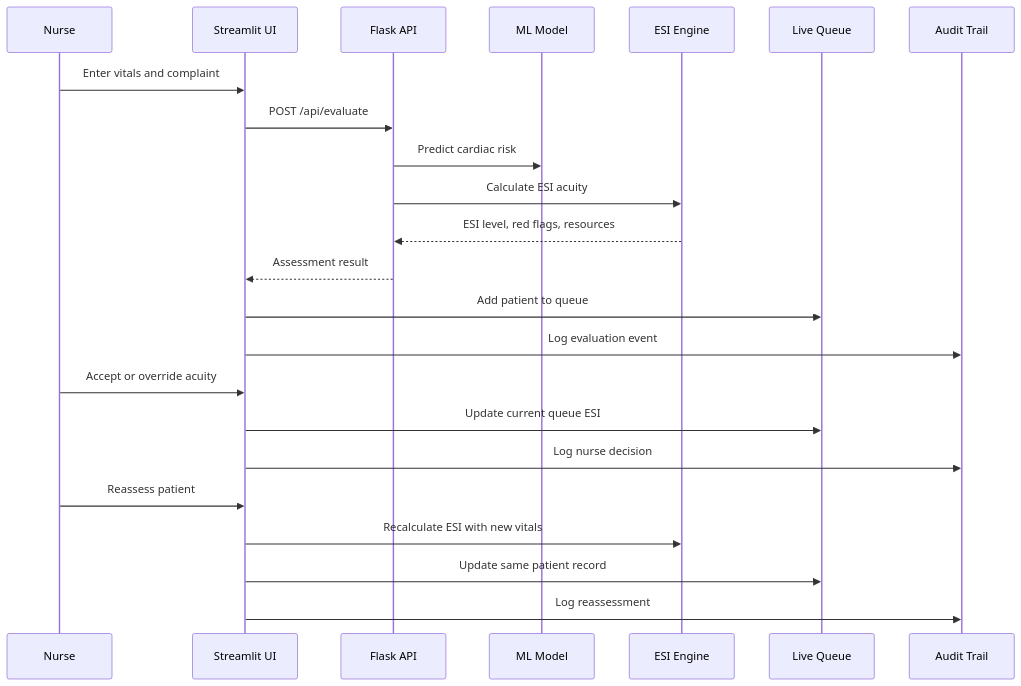
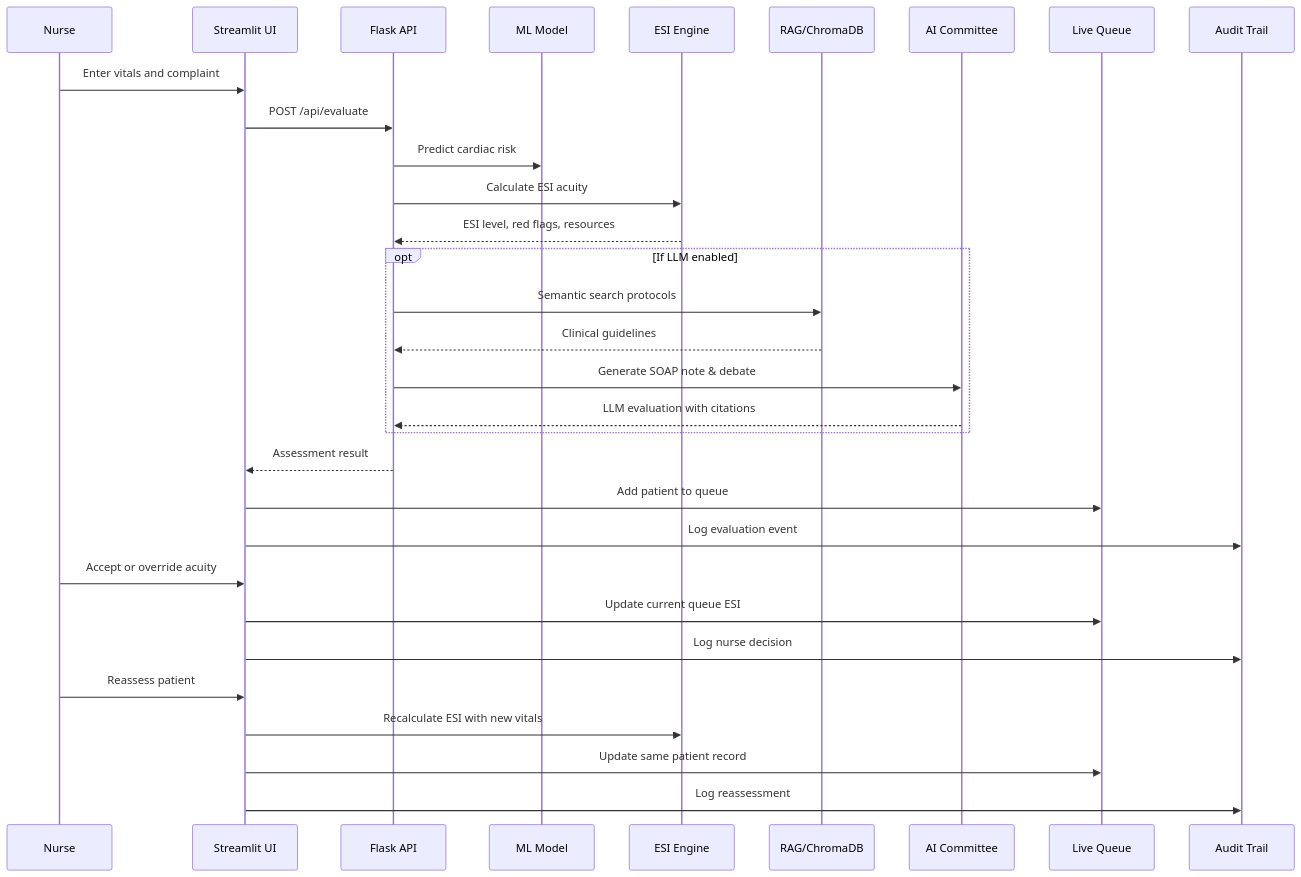
The second of 2 diagrams in README.md (draculess99/Triage-Assist-AI), drawn with Mermaid before and after one commit. The commit also changed other lines of this file, not shown here.

````diff
--- a/README.md
+++ b/README.md
@@ -243,26 +247,34 @@
 ```mermaid
 sequenceDiagram
     participant Nurse
     participant UI as Streamlit UI
     participant API as Flask API
     participant ML as ML Model
     participant ESI as ESI Engine
+    participant RAG as RAG/ChromaDB
+    participant AI as AI Committee
     participant Queue as Live Queue
     participant Audit as Audit Trail
 
     Nurse->>UI: Enter vitals and complaint
     UI->>API: POST /api/evaluate
     API->>ML: Predict cardiac risk
     API->>ESI: Calculate ESI acuity
     ESI-->>API: ESI level, red flags, resources
+    opt If LLM enabled
+        API->>RAG: Semantic search protocols
+        RAG-->>API: Clinical guidelines
+        API->>AI: Generate SOAP note & debate
+        AI-->>API: LLM evaluation with citations
+    end
     API-->>UI: Assessment result
     UI->>Queue: Add patient to queue
     UI->>Audit: Log evaluation event
     Nurse->>UI: Accept or override acuity
     UI->>Queue: Update current queue ESI
     UI->>Audit: Log nurse decision
     Nurse->>UI: Reassess patient
     UI->>ESI: Recalculate ESI with new vitals
     UI->>Queue: Update same patient record
     UI->>Audit: Log reassessment
 ```
````
